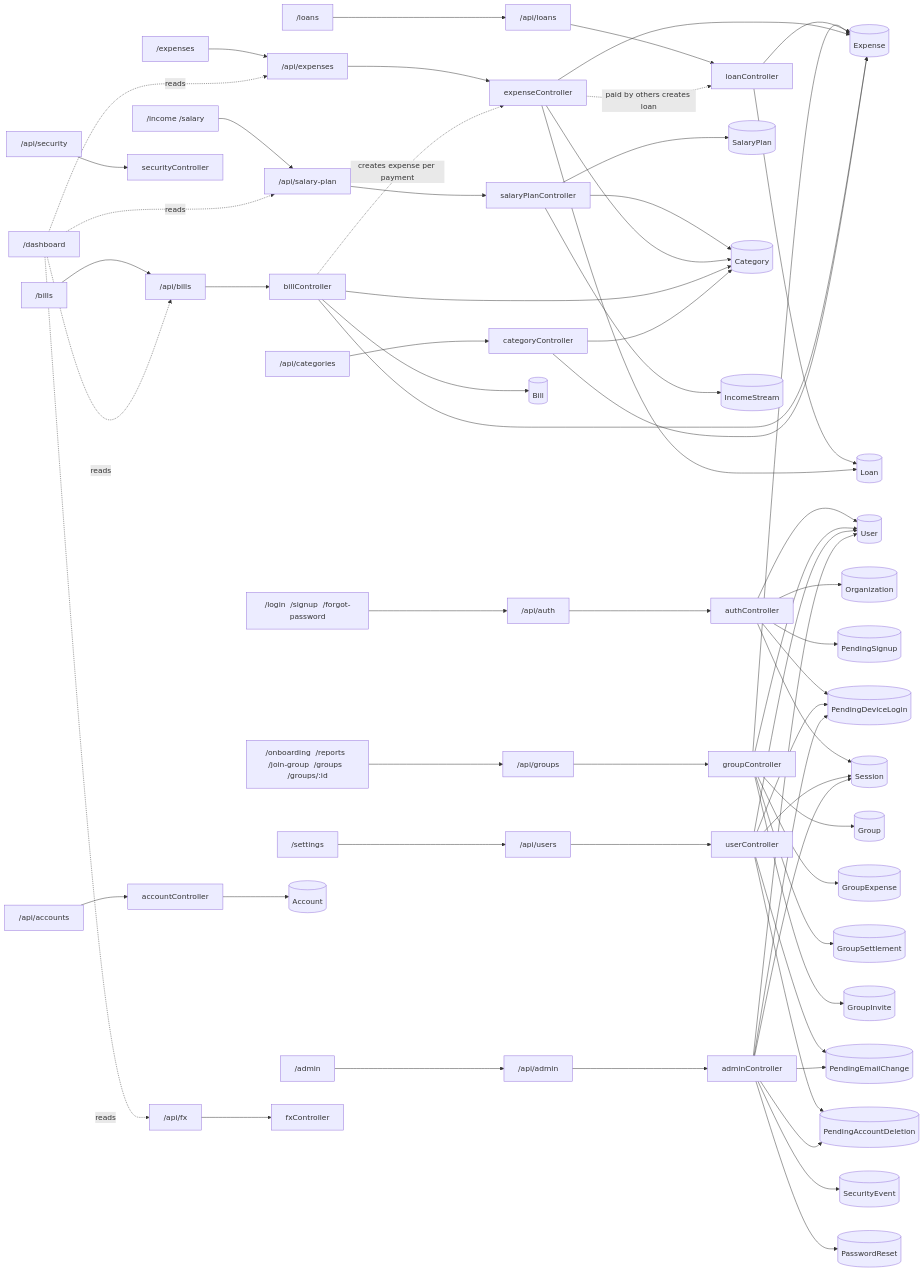
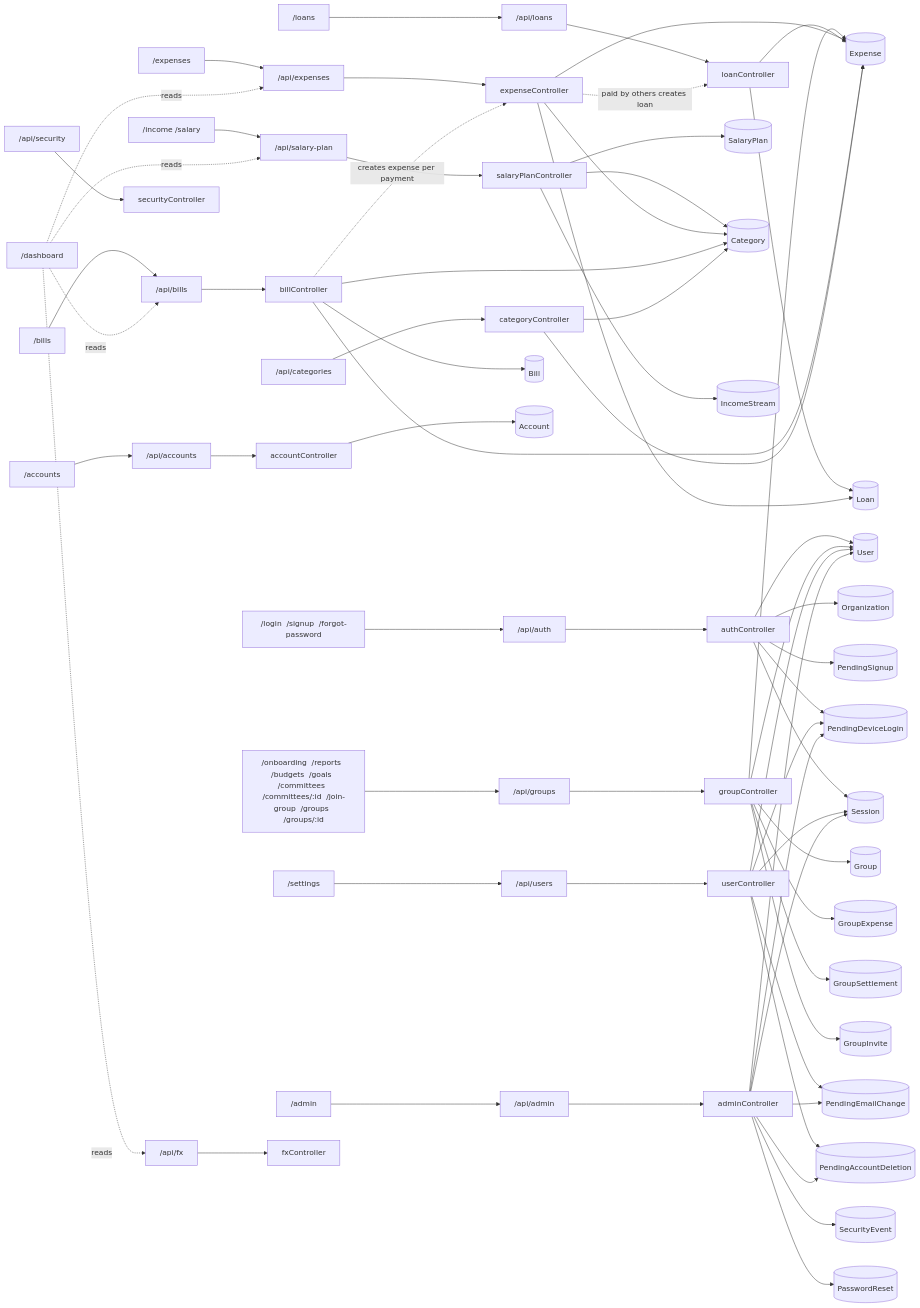
One commit to MuhammadAliMinhas66X/VaultriX changed the second of 2 diagrams in docs/APP-MAP.md. Above: the diagram before and after it, drawn with Mermaid. The commit also changed other lines of this file and 1 other file, not shown here.

````diff
--- a/docs/APP-MAP.md
+++ b/docs/APP-MAP.md
@@ -21,71 +21,71 @@
 ```mermaid
 flowchart LR
   P_auth["/login  /signup  /forgot-password"] --> A_auth["/api/auth"]
   A_auth --> K_auth["authController"]
   K_auth --> M_User[("User")]
   K_auth --> M_Organization[("Organization")]
   K_auth --> M_PendingSignup[("PendingSignup")]
   K_auth --> M_PendingDeviceLogin[("PendingDeviceLogin")]
   K_auth --> M_Session[("Session")]
-  P_shared["/onboarding  /reports  /join-group  /groups  /groups/:id"] --> A_shared["/api/groups"]
+  P_shared["/onboarding  /reports  /budgets  /goals  /committees  /committees/:id  /join-group  /groups  /groups/:id"] --> A_shared["/api/groups"]
   A_shared --> K_shared["groupController"]
   K_shared --> M_Group[("Group")]
   K_shared --> M_GroupExpense[("GroupExpense")]
   K_shared --> M_GroupSettlement[("GroupSettlement")]
   K_shared --> M_GroupInvite[("GroupInvite")]
   K_shared --> M_User[("User")]
   K_shared --> M_Expense[("Expense")]
   P_dashboard["/dashboard"]
   P_income["/income  /salary"] --> A_income["/api/salary-plan"]
   A_income --> K_income["salaryPlanController"]
   K_income --> M_SalaryPlan[("SalaryPlan")]
   K_income --> M_Category[("Category")]
   K_income --> M_IncomeStream[("IncomeStream")]
   P_loans["/loans"] --> A_loans["/api/loans"]
   A_loans --> K_loans["loanController"]
   K_loans --> M_Loan[("Loan")]
   K_loans --> M_Expense[("Expense")]
   P_expenses["/expenses"] --> A_expenses["/api/expenses"]
   A_expenses --> K_expenses["expenseController"]
   K_expenses --> M_Expense[("Expense")]
   K_expenses --> M_Category[("Category")]
   K_expenses --> M_Loan[("Loan")]
   P_bills["/bills"] --> A_bills["/api/bills"]
   A_bills --> K_bills["billController"]
   K_bills --> M_Bill[("Bill")]
   K_bills --> M_Expense[("Expense")]
   K_bills --> M_Category[("Category")]
+  P_accounts["/accounts"] --> A_accounts["/api/accounts"]
+  A_accounts --> K_accounts["accountController"]
+  K_accounts --> M_Account[("Account")]
   P_settings["/settings"] --> A_settings["/api/users"]
   A_settings --> K_settings["userController"]
   K_settings --> M_User[("User")]
   K_settings --> M_Session[("Session")]
   K_settings --> M_PendingEmailChange[("PendingEmailChange")]
   K_settings --> M_PendingDeviceLogin[("PendingDeviceLogin")]
   K_settings --> M_PendingAccountDeletion[("PendingAccountDeletion")]
   P_admin["/admin"] --> A_admin["/api/admin"]
   A_admin --> K_admin["adminController"]
   K_admin --> M_User[("User")]
   K_admin --> M_Session[("Session")]
   K_admin --> M_SecurityEvent[("SecurityEvent")]
   K_admin --> M_PasswordReset[("PasswordReset")]
   K_admin --> M_PendingEmailChange[("PendingEmailChange")]
   K_admin --> M_PendingDeviceLogin[("PendingDeviceLogin")]
   K_admin --> M_PendingAccountDeletion[("PendingAccountDeletion")]
   A_security["/api/security"]
   A_security --> K_security["securityController"]
-  A_accounts["/api/accounts"]
-  A_accounts --> K_accounts["accountController"]
-  K_accounts --> M_Account[("Account")]
   A_categories["/api/categories"]
   A_categories --> K_categories["categoryController"]
   K_categories --> M_Category[("Category")]
   K_categories --> M_Expense[("Expense")]
   A_rates["/api/fx"]
   A_rates --> K_rates["fxController"]
   P_dashboard -. reads .-> A_income
   P_dashboard -. reads .-> A_expenses
   P_dashboard -. reads .-> A_bills
   P_dashboard -. reads .-> A_rates
   K_bills -. creates expense per payment .-> K_expenses
   K_expenses -. paid by others creates loan .-> K_loans
 ```
````
